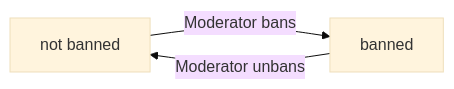
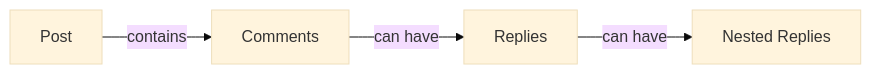
Before and after one commit to wrtnlabs/autobe-examples: the second of 3 diagrams in qwen/qwen3.5-397b-a17b/reddit/docs/analysis/02-domain-model.md, drawn with Mermaid (base theme). The commit also changed other lines of this file and 9017 other files, not shown here.

````diff
--- a/qwen/qwen3.5-397b-a17b/reddit/docs/analysis/02-domain-model.md
+++ b/qwen/qwen3.5-397b-a17b/reddit/docs/analysis/02-domain-model.md
@@ -468,5 +140,6 @@
 ```mermaid
 flowchart LR
-    A["not banned"] -->|"Moderator bans"| B["banned"]
-    B -->|"Moderator unbans"| A
+    A["Post"] -->|"contains"| B["Comments"]
+    B -->|"can have"| C["Replies"]
+    C -->|"can have"| D["Nested Replies"]
 ```
````
